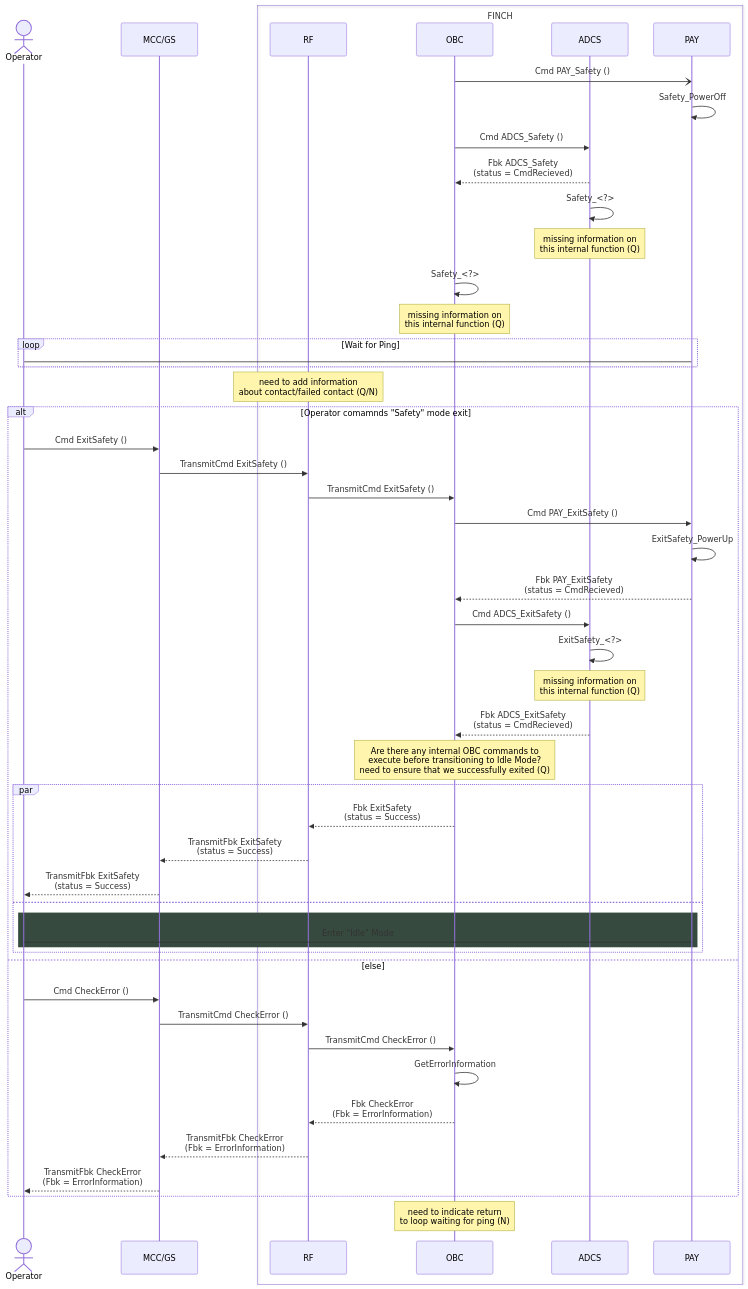
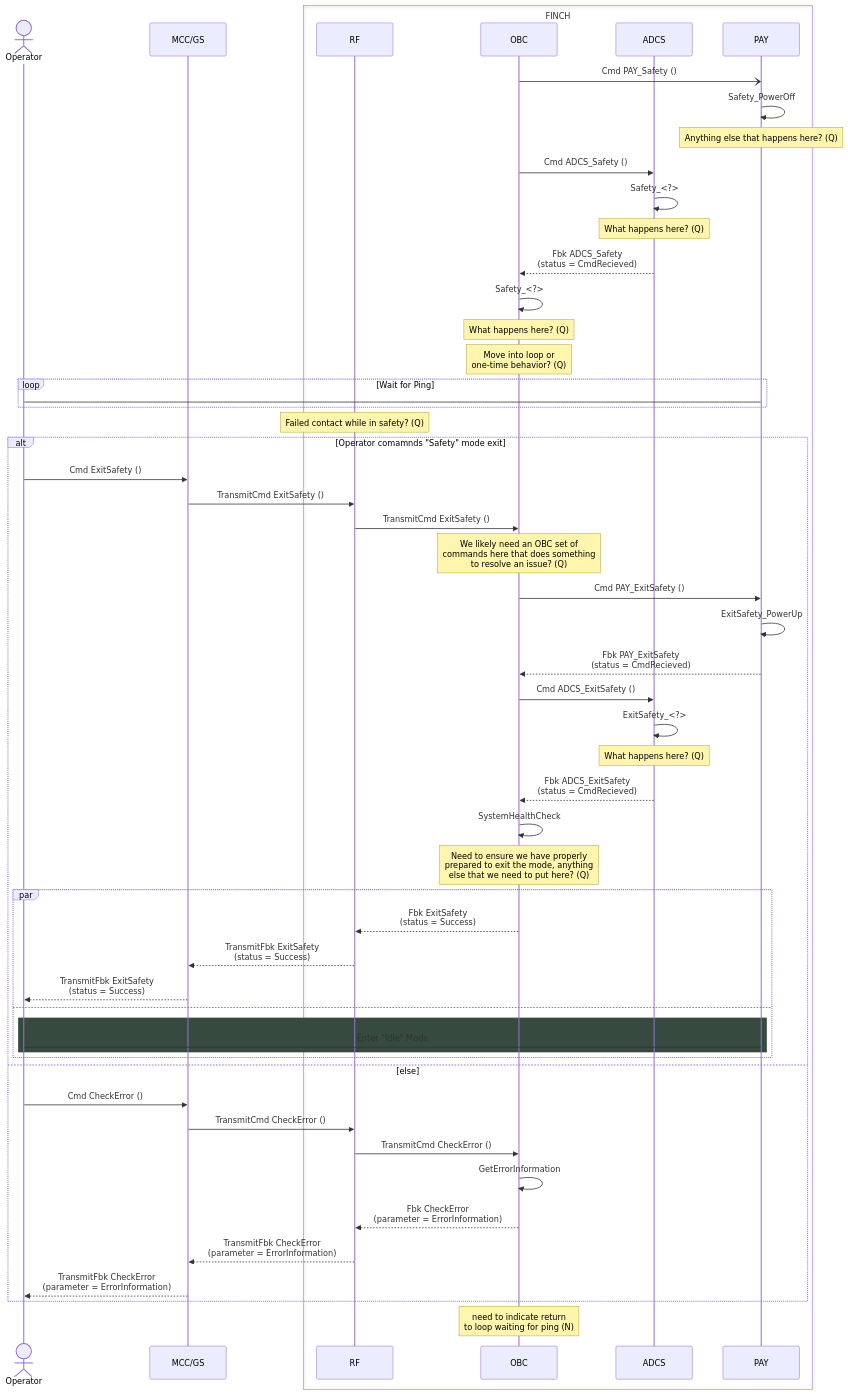
Before and after one commit to Addy-lit/FINCH-system-architecture: the diagram in command sequences/safety-command.md, drawn with Mermaid.

````diff
--- a/command sequences/safety-command.md
+++ b/command sequences/safety-command.md
@@ -2,65 +2,70 @@
 ```mermaid
 sequenceDiagram
     Actor Operator
     participant MCC/GS
     box FINCH
 	participant RF
     	participant OBC
     	participant ADCS
     	participant PAY
 	end
 
     OBC -) PAY: Cmd PAY_Safety ()
     PAY ->> PAY: Safety_PowerOff
+	note over PAY: Anything else that happens here? (Q)
   
     OBC ->> ADCS: Cmd ADCS_Safety ()
+    ADCS ->> ADCS: Safety_<?>
+	note over ADCS: What happens here? (Q)
     ADCS -->> OBC: Fbk ADCS_Safety <br> (status = CmdRecieved)
-    ADCS ->> ADCS: Safety_<?>
-    note over ADCS: missing information on <br> this internal function (Q)
 
 
     OBC ->> OBC: Safety_<?>
-    note over OBC: missing information on <br> this internal function (Q)
+    note over OBC: What happens here? (Q)
+	note over OBC: Move into loop or <br> one-time behavior? (Q)
 
     loop Wait for Ping
         Operator -> PAY: 
     end
 	
-	note over RF: need to add information <br> about contact/failed contact (Q/N)
+	note over RF: Failed contact while in safety? (Q)
 	alt Operator comamnds "Safety" mode exit
 		Operator ->> MCC/GS: Cmd ExitSafety ()
 		MCC/GS ->> RF: TransmitCmd ExitSafety ()
 		RF ->> OBC: TransmitCmd ExitSafety ()
+
+		note over OBC: We likely need an OBC set of <br> commands here that does something <br> to resolve an issue? (Q)
 
         OBC ->> PAY: Cmd PAY_ExitSafety ()
         PAY ->> PAY: ExitSafety_PowerUp
         PAY -->> OBC: Fbk PAY_ExitSafety <br> (status = CmdRecieved)
   
         OBC ->> ADCS: Cmd ADCS_ExitSafety ()
         ADCS ->> ADCS: ExitSafety_<?>
-        note over ADCS: missing information on <br> this internal function (Q)
+        note over ADCS: What happens here? (Q)
         ADCS -->> OBC: Fbk ADCS_ExitSafety <br> (status = CmdRecieved)
 
-		note over OBC: Are there any internal OBC commands to <br> execute before transitioning to Idle Mode? <br> need to ensure that we successfully exited (Q)
+		OBC ->> OBC: SystemHealthCheck
+		note over OBC: Need to ensure we have properly <br> prepared to exit the mode, anything <br> else that we need to put here? (Q)
 
 		par
 			OBC -->> RF: Fbk ExitSafety <br> (status = Success)
 			RF -->> MCC/GS: TransmitFbk ExitSafety <br> (status = Success)
 			MCC/GS -->> Operator: TransmitFbk ExitSafety <br> (status = Success)
 		and
 			rect rgb(54,74,63)
 				Operator -> PAY: Enter "Idle" Mode
 			end
 		end
 	else else
 		Operator ->> MCC/GS: Cmd CheckError ()
 		MCC/GS ->> RF: TransmitCmd CheckError ()
 		RF ->> OBC: TransmitCmd CheckError ()
 		OBC ->> OBC: GetErrorInformation
-		OBC -->> RF: Fbk CheckError <br> (Fbk = ErrorInformation)
-		RF -->> MCC/GS: TransmitFbk CheckError <br> (Fbk = ErrorInformation)
-		MCC/GS -->> Operator: TransmitFbk CheckError <br> (Fbk = ErrorInformation)
+		OBC -->> RF: Fbk CheckError <br> (parameter = ErrorInformation)
+		RF -->> MCC/GS: TransmitFbk CheckError <br> (parameter = ErrorInformation)
+		MCC/GS -->> Operator: TransmitFbk CheckError <br> (parameter = ErrorInformation)
 	end
 
 	note over OBC: need to indicate return <br> to loop waiting for ping (N)
 ```
````
